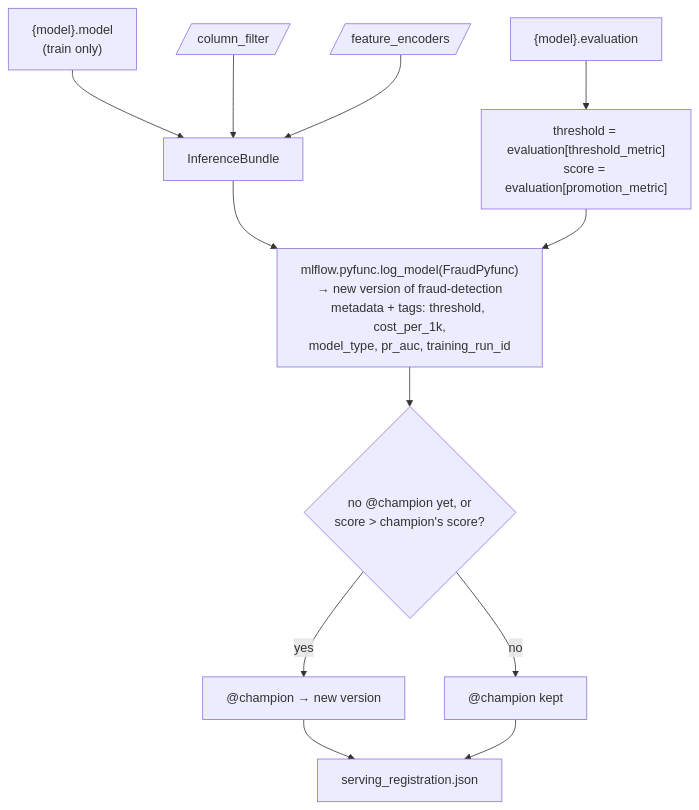
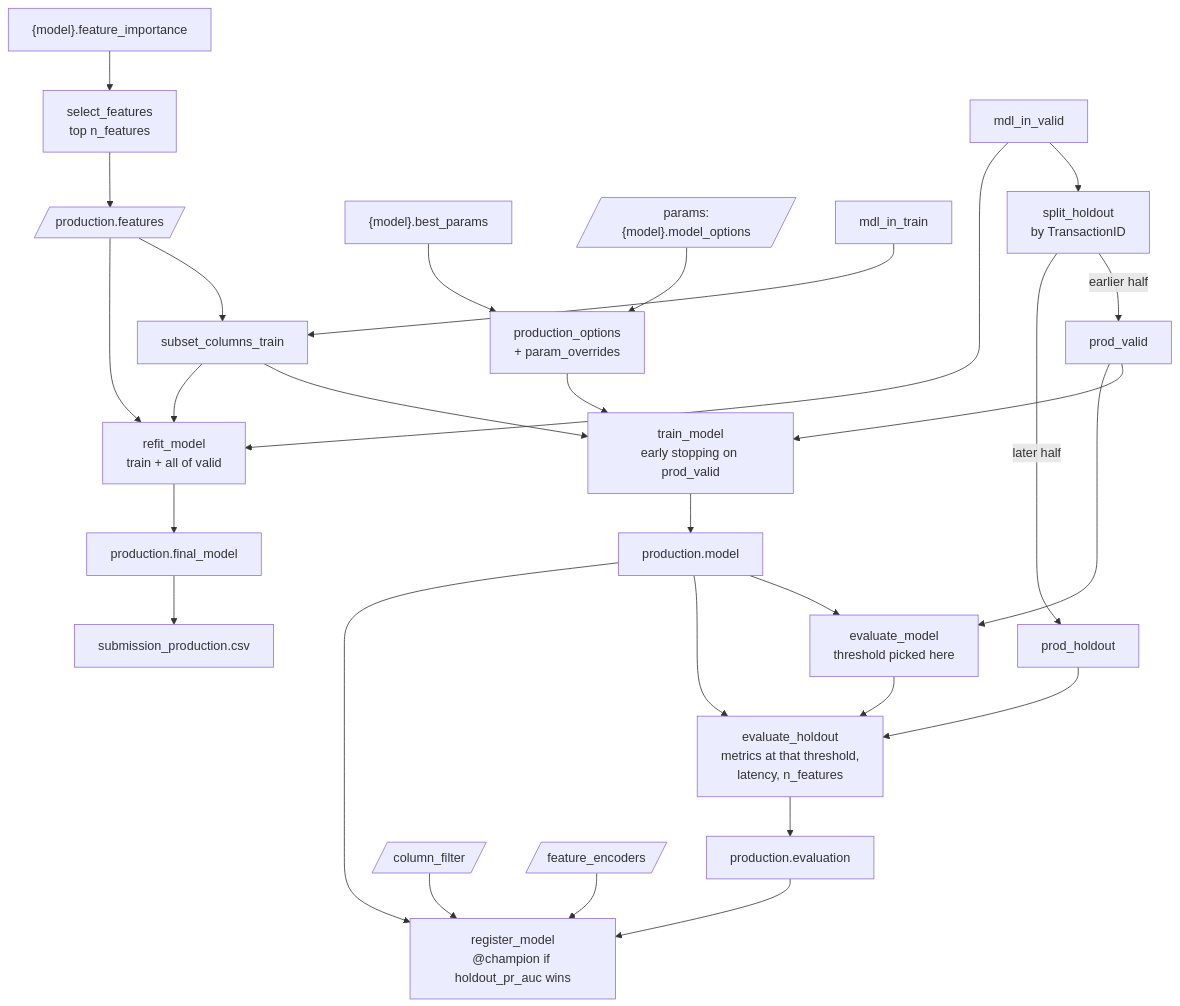
One commit to MikolajKurtyka/fraud-detection-kedro changed the ninth of 9 diagrams in docs/05_pipelines.md. Above: the diagram before and after it, drawn with Mermaid. The commit also changed other lines of this file and 20 other files, not shown here.

First line of the commit message:
feat(production): add production pipeline, replacing serving

````diff
--- a/docs/05_pipelines.md
+++ b/docs/05_pipelines.md
@@ -421,10 +426,14 @@
 ```mermaid
 flowchart TB
-    M["{model}.model<br/>(train only)"] & CF[/column_filter/] & FE[/feature_encoders/] --> B["InferenceBundle"]
-    EV["{model}.evaluation"] --> T["threshold = evaluation[threshold_metric]<br/>score = evaluation[promotion_metric]"]
-    B & T --> L["mlflow.pyfunc.log_model(FraudPyfunc)<br/>→ new version of fraud-detection<br/>metadata + tags: threshold, cost_per_1k,<br/>model_type, pr_auc, training_run_id"]
-    L --> Q{"no @champion yet, or<br/>score > champion's score?"}
-    Q -->|yes| P["@champion → new version"]
-    Q -->|no| K["@champion kept"]
-    P & K --> R["serving_registration.json"]
+    FI["{model}.feature_importance"] --> SF["select_features<br/>top n_features"] --> F[/production.features/]
+    BP["{model}.best_params"] & O[/"params:{model}.model_options"/] --> PO["production_options<br/>+ param_overrides"]
+    TR[mdl_in_train] & F --> ST["subset_columns_train"]
+    VA[mdl_in_valid] --> SH["split_holdout<br/>by TransactionID"]
+    SH -->|earlier half| PV[prod_valid]
+    SH -->|later half| HO[prod_holdout]
+    ST & PV & PO --> T["train_model<br/>early stopping on prod_valid"] --> M["production.model"]
+    M & PV --> E["evaluate_model<br/>threshold picked here"]
+    M & HO & E --> H["evaluate_holdout<br/>metrics at that threshold,<br/>latency, n_features"] --> EV["production.evaluation"]
+    ST & VA & F --> R["refit_model<br/>train + all of valid"] --> FM["production.final_model"] --> S["submission_production.csv"]
+    M & EV & CF[/column_filter/] & FE[/feature_encoders/] --> REG["register_model<br/>@champion if holdout_pr_auc wins"]
 ```
````
